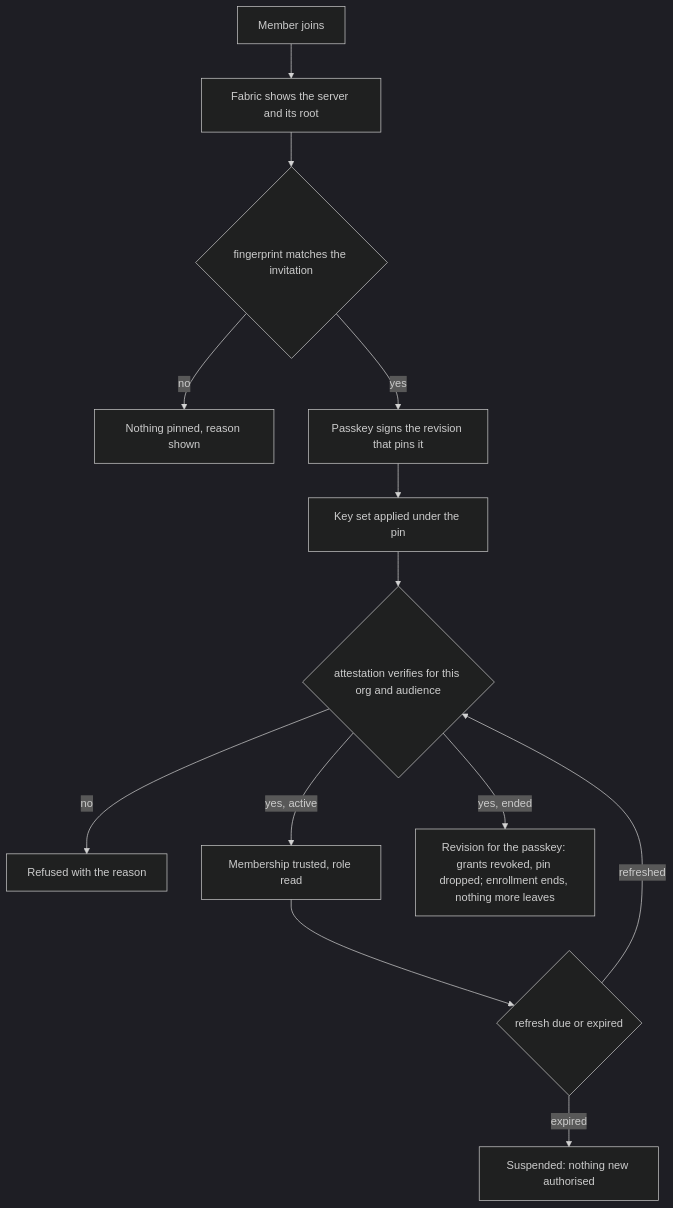
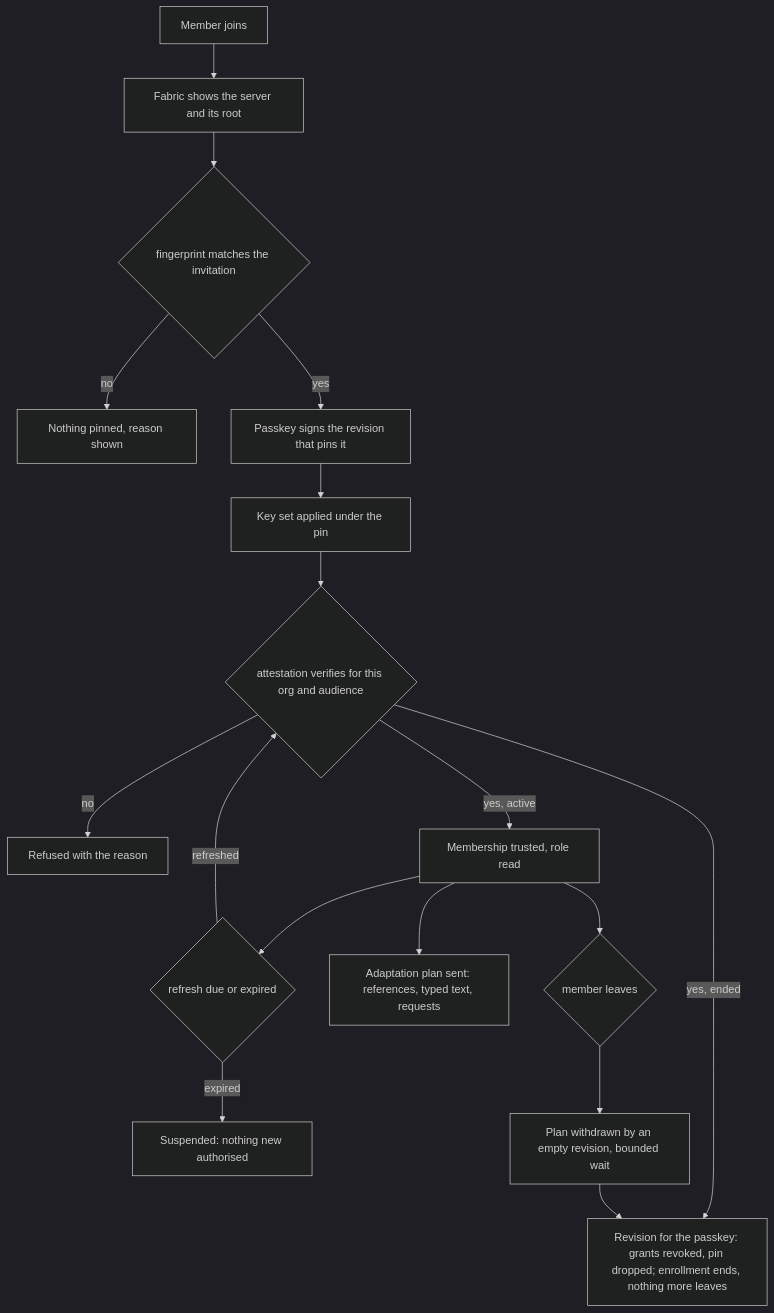
One commit to passioncode-ai/fabric-agent-contract changed diagram 32 of 32 in docs/ux/flows.md. Above: the diagram before and after it, drawn with Mermaid (dark theme). The commit also changed 12 other files, not shown here.

````diff
--- a/docs/ux/flows.md
+++ b/docs/ux/flows.md
@@ -805,15 +805,19 @@
 ```mermaid
 flowchart TD
   J[Member joins] --> P[Fabric shows the server and its root]
   P --> C{fingerprint matches the invitation}
   C -->|no| N[Nothing pinned, reason shown]
   C -->|yes| S[Passkey signs the revision that pins it]
   S --> K[Key set applied under the pin]
   K --> A{attestation verifies for this org and audience}
   A -->|no| R[Refused with the reason]
   A -->|yes, active| T[Membership trusted, role read]
   A -->|yes, ended| E[Revision for the passkey: grants revoked, pin dropped; enrollment ends, nothing more leaves]
   T --> F{refresh due or expired}
   F -->|refreshed| A
   F -->|expired| U[Suspended: nothing new authorised]
+  T --> D[Adaptation plan sent: references, typed text, requests]
+  T --> L{member leaves}
+  L --> W[Plan withdrawn by an empty revision, bounded wait]
+  W --> E
 ```
````
